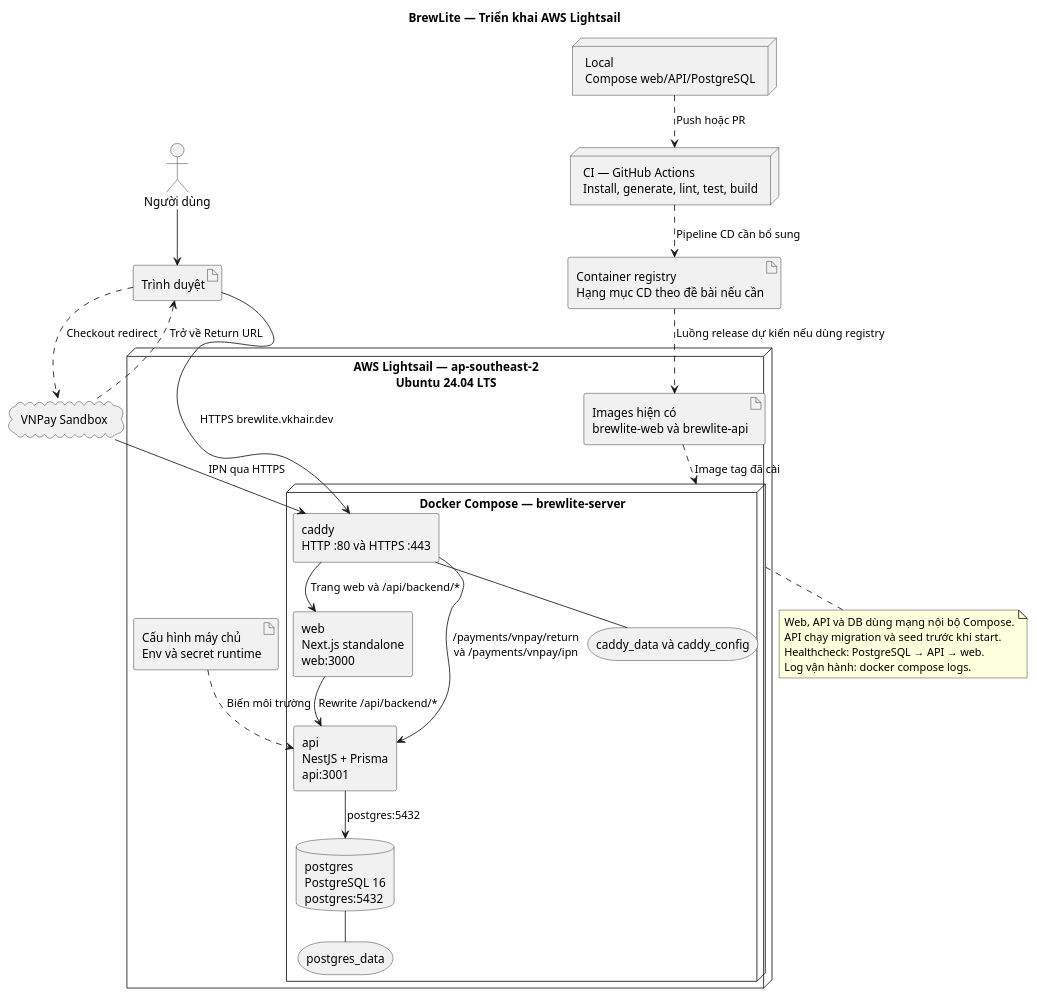
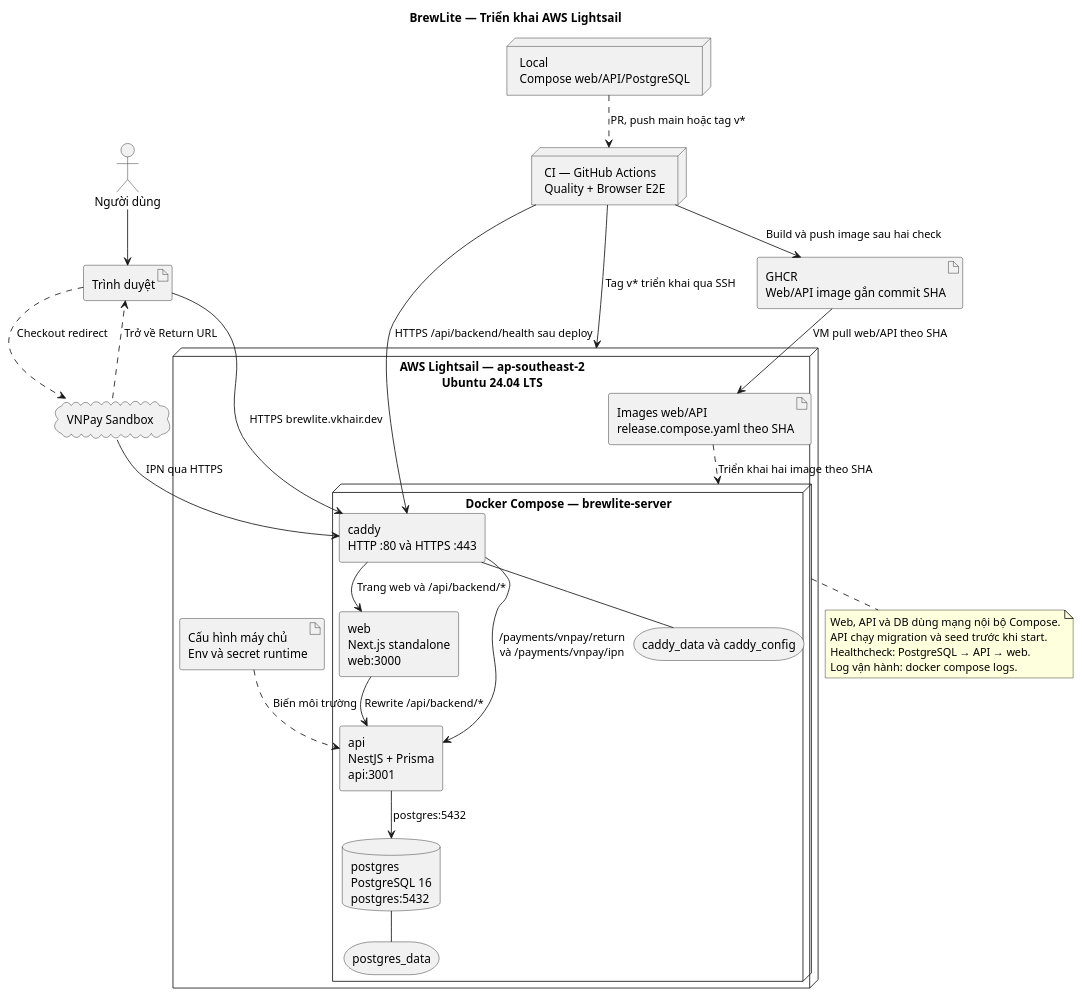
The diagram in docs/diagrams/deploymentDiagram.puml (VKhair/brewlite), drawn with PlantUML before and after one commit. The commit also changed 58 other files, not shown here.

```diff
--- a/docs/diagrams/deploymentDiagram.puml
+++ b/docs/diagrams/deploymentDiagram.puml
@@ -1,50 +1,52 @@
 @startuml
 title BrewLite — Triển khai AWS Lightsail
 !pragma layout smetana
 skinparam shadowing false
 skinparam componentStyle rectangle
 
 actor "Người dùng" as Customer
 artifact "Trình duyệt" as Browser
 cloud "VNPay Sandbox" as Gateway
 node "Local\nCompose web/API/PostgreSQL" as Local
-node "CI — GitHub Actions\nInstall, generate, lint, test, build" as CI
-artifact "Container registry\nHạng mục CD theo đề bài nếu cần" as Registry
+node "CI — GitHub Actions\nQuality + Browser E2E" as CI
+artifact "GHCR\nWeb/API image gắn commit SHA" as Registry
 
 node "AWS Lightsail — ap-southeast-2\nUbuntu 24.04 LTS" as Host {
-  artifact "Images hiện có\nbrewlite-web và brewlite-api" as Images
+  artifact "Images web/API\nrelease.compose.yaml theo SHA" as Images
   artifact "Cấu hình máy chủ\nEnv và secret runtime" as Env
   node "Docker Compose — brewlite-server" as Compose {
     component "caddy\nHTTP :80 và HTTPS :443" as Caddy
     component "web\nNext.js standalone\nweb:3000" as Web
     component "api\nNestJS + Prisma\napi:3001" as API
     database "postgres\nPostgreSQL 16\npostgres:5432" as DB
     storage "postgres_data" as Data
     storage "caddy_data và caddy_config" as CaddyData
   }
 }
 
 Customer --> Browser
 Browser --> Caddy : HTTPS brewlite.vkhair.dev
 Browser ..> Gateway : Checkout redirect
 Gateway --> Caddy : IPN qua HTTPS
 Gateway ..> Browser : Trở về Return URL
 Caddy --> Web : Trang web và /api/backend/*
 Caddy --> API : /payments/vnpay/return\nvà /payments/vnpay/ipn
 Web --> API : Rewrite /api/backend/*
 API --> DB : postgres:5432
 DB -- Data
 Caddy -- CaddyData
 Env ..> API : Biến môi trường
-Images ..> Compose : Image tag đã cài
-Local ..> CI : Push hoặc PR
-CI ..> Registry : Pipeline CD cần bổ sung
-Registry ..> Images : Luồng release dự kiến nếu dùng registry
+Images ..> Compose : Triển khai hai image theo SHA
+Local ..> CI : PR, push main hoặc tag v*
+CI --> Registry : Build và push image sau hai check
+CI --> Host : Tag v* triển khai qua SSH
+CI --> Caddy : HTTPS /api/backend/health sau deploy
+Registry --> Images : VM pull web/API theo SHA
 
 note bottom of Compose
   Web, API và DB dùng mạng nội bộ Compose.
   API chạy migration và seed trước khi start.
   Healthcheck: PostgreSQL → API → web.
   Log vận hành: docker compose logs.
 end note
 @enduml
```
